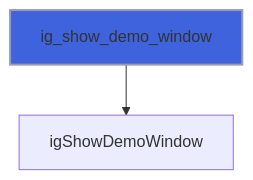
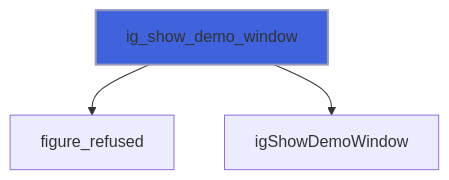
One commit to szaghi/figure changed diagram 17 of 39 in docs/api/src/lib/figure_imgui.md. Above: the diagram before and after it, drawn with Mermaid. The commit also changed other lines of this file and 10 other files, not shown here.

````diff
--- a/docs/api/src/lib/figure_imgui.md
+++ b/docs/api/src/lib/figure_imgui.md
@@ -492,5 +529,6 @@
 ```mermaid
 flowchart TD
+  ig_show_demo_window["ig_show_demo_window"] --> figure_refused["figure_refused"]
   ig_show_demo_window["ig_show_demo_window"] --> igShowDemoWindow["igShowDemoWindow"]
   style ig_show_demo_window fill:#3e63dd,stroke:#99b,stroke-width:2px
 ```
````
